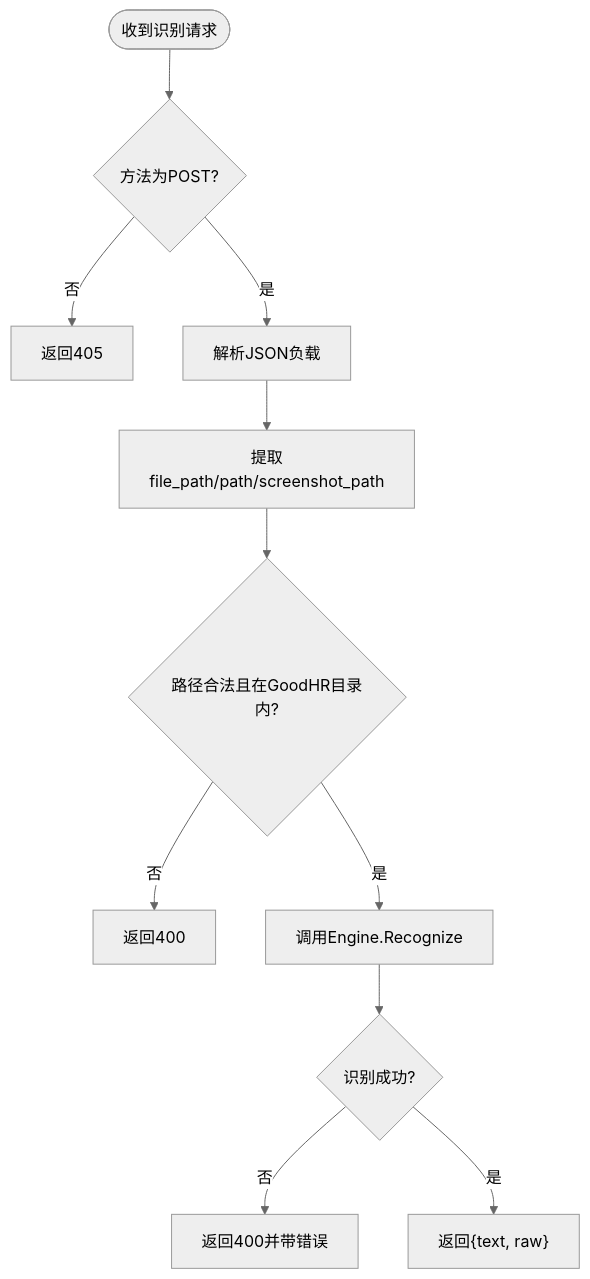
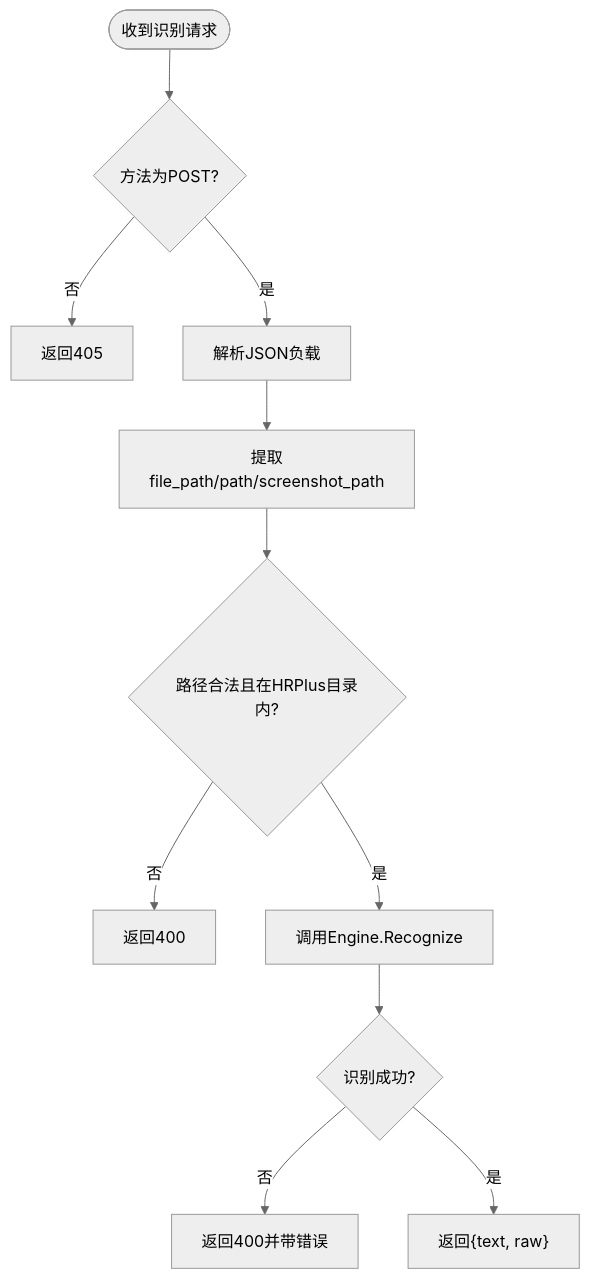
The fourth of 7 diagrams in .qoder/repowiki/zh/content/本地执行器/AI集成/OCR识别引擎.md (alvinwangzi/goodhr), drawn with Mermaid (neutral theme) before and after one commit. The commit also changed other lines of this file and 83 other files, not shown here.

````diff
--- a/.qoder/repowiki/zh/content/本地执行器/AI集成/OCR识别引擎.md
+++ b/.qoder/repowiki/zh/content/本地执行器/AI集成/OCR识别引擎.md
@@ -182,13 +182,13 @@
 ```mermaid
 flowchart TD
 Start(["收到识别请求"]) --> ValidateMethod{"方法为POST?"}
 ValidateMethod --> |否| MethodNotAllowed["返回405"]
 ValidateMethod --> |是| ParsePayload["解析JSON负载"]
 ParsePayload --> ExtractPath["提取file_path/path/screenshot_path"]
-ExtractPath --> ValidatePath{"路径合法且在GoodHR目录内?"}
+ExtractPath --> ValidatePath{"路径合法且在HRPlus目录内?"}
 ValidatePath --> |否| BadRequest["返回400"]
 ValidatePath --> |是| CallOCR["调用Engine.Recognize"]
 CallOCR --> OCRResult{"识别成功?"}
 OCRResult --> |否| ReturnError["返回400并带错误"]
 OCRResult --> |是| Success["返回{text, raw}"]
 ```
````
